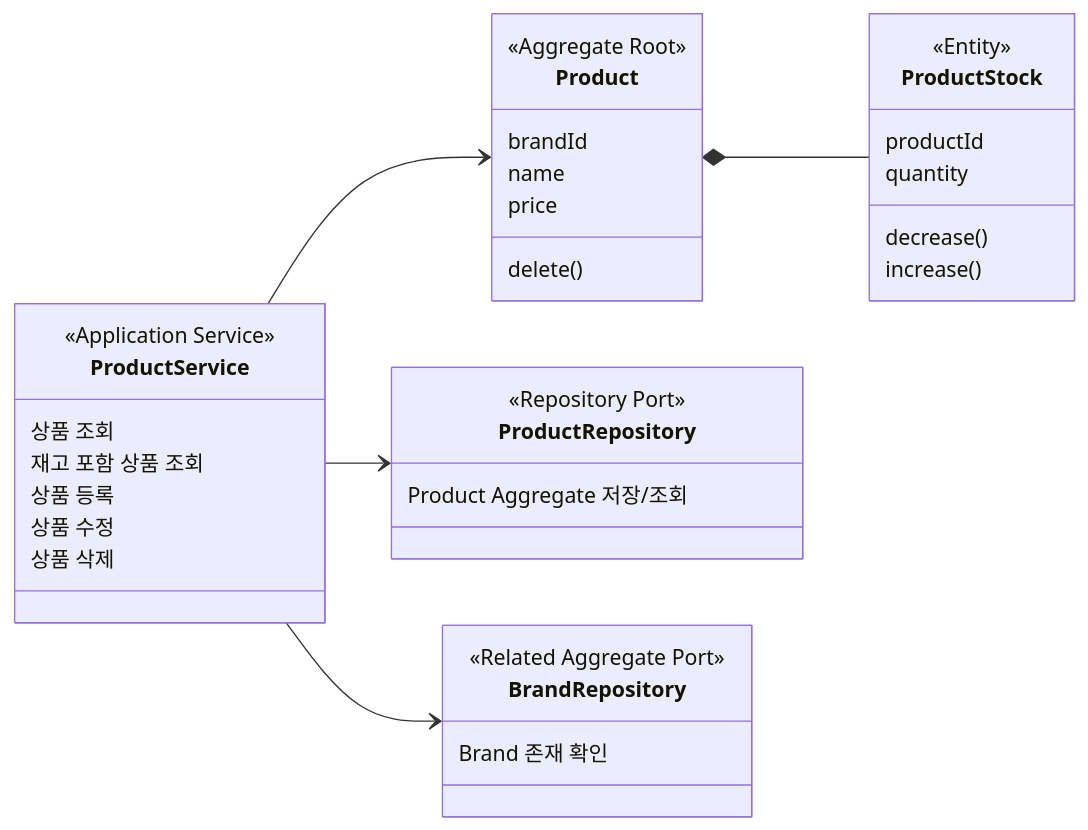
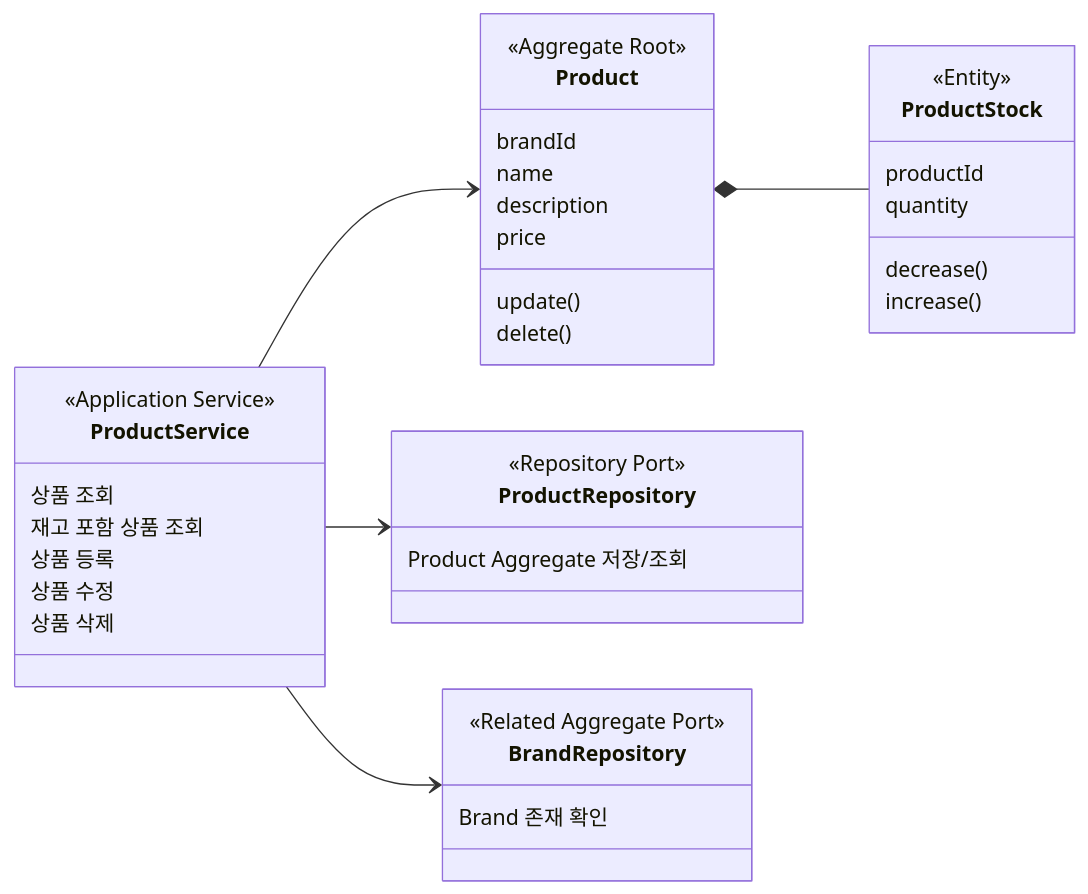
Before and after one commit to loopers-labs/loop-pack-be-l2-vol4-java: the third of 5 diagrams in docs/week2/03-class-diagram.md, drawn with Mermaid. The commit also changed 19 other files, not shown here.

````diff
--- a/docs/week2/03-class-diagram.md
+++ b/docs/week2/03-class-diagram.md
@@ -156,44 +156,46 @@
 ```mermaid
 classDiagram
     direction LR
 
     class Product {
         <<Aggregate Root>>
         brandId
         name
+        description
         price
+        update()
         delete()
     }
 
     class ProductStock {
         <<Entity>>
         productId
         quantity
         decrease()
         increase()
     }
 
     class ProductRepository {
         <<Repository Port>>
         Product Aggregate 저장/조회
     }
 
     class BrandRepository {
         <<Related Aggregate Port>>
         Brand 존재 확인
     }
 
     class ProductService {
         <<Application Service>>
         상품 조회
         재고 포함 상품 조회
         상품 등록
         상품 수정
         상품 삭제
     }
 
     Product *-- ProductStock
     ProductService --> ProductRepository
     ProductService --> BrandRepository
     ProductService --> Product
 ```
````
